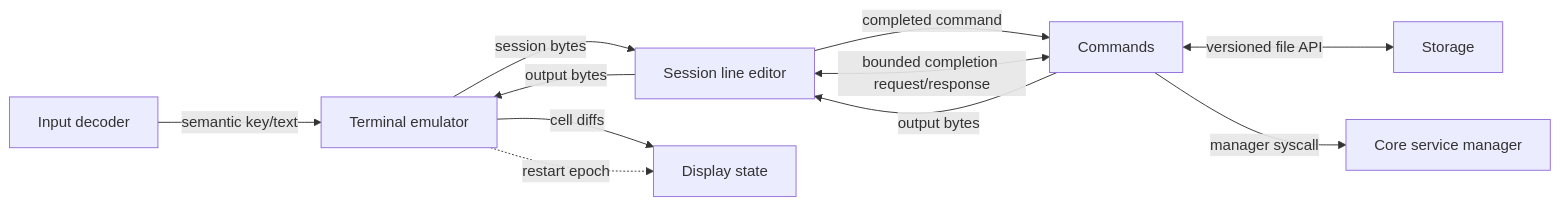
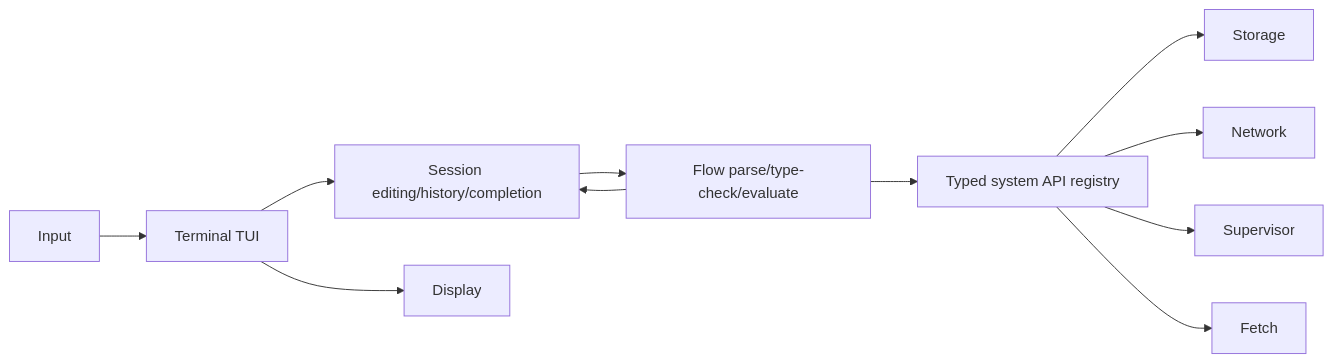
One commit to Eresea/LogOS changed the diagram in docs/processes/terminal.md. Above: the diagram before and after it, drawn with Mermaid. The commit also changed other lines of this file and 10 other files, not shown here.

First line of the commit message:
docs(flow): document migration

````diff
--- a/docs/processes/terminal.md
+++ b/docs/processes/terminal.md
@@ -8,13 +5,13 @@
 ```mermaid
 flowchart LR
-    I[Input decoder] -->|semantic key/text| T[Terminal emulator]
-    T -->|session bytes| S[Session line editor]
-    S -->|completed command| C[Commands]
-    S <-->|bounded completion request/response| C
-    C -->|output bytes| S
-    C <-->|versioned file API| V[Storage]
-    C -->|manager syscall| M[Core service manager]
-    S -->|output bytes| T
-    T -->|cell diffs| D[Display state]
-    T -. restart epoch .-> D
+    I[Input] --> T[Terminal TUI]
+    T --> S[Session editing/history/completion]
+    S --> F[Flow parse/type-check/evaluate]
+    F --> R[Typed system API registry]
+    R --> V[Storage]
+    R --> N[Network]
+    R --> M[Supervisor]
+    R --> X[Fetch]
+    F --> S
+    T --> D[Display]
 ```
````
